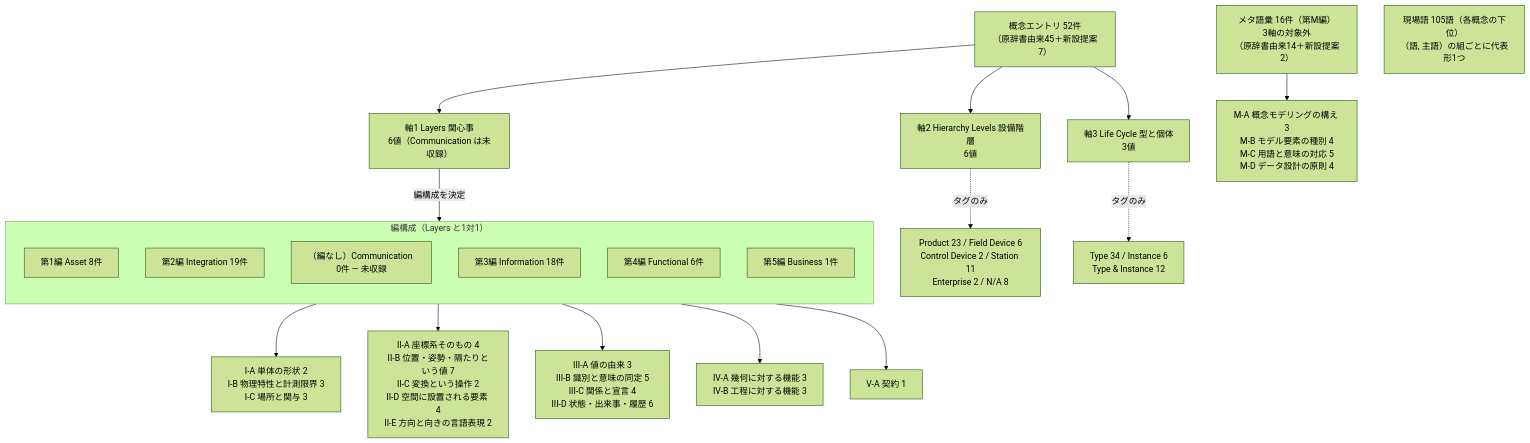
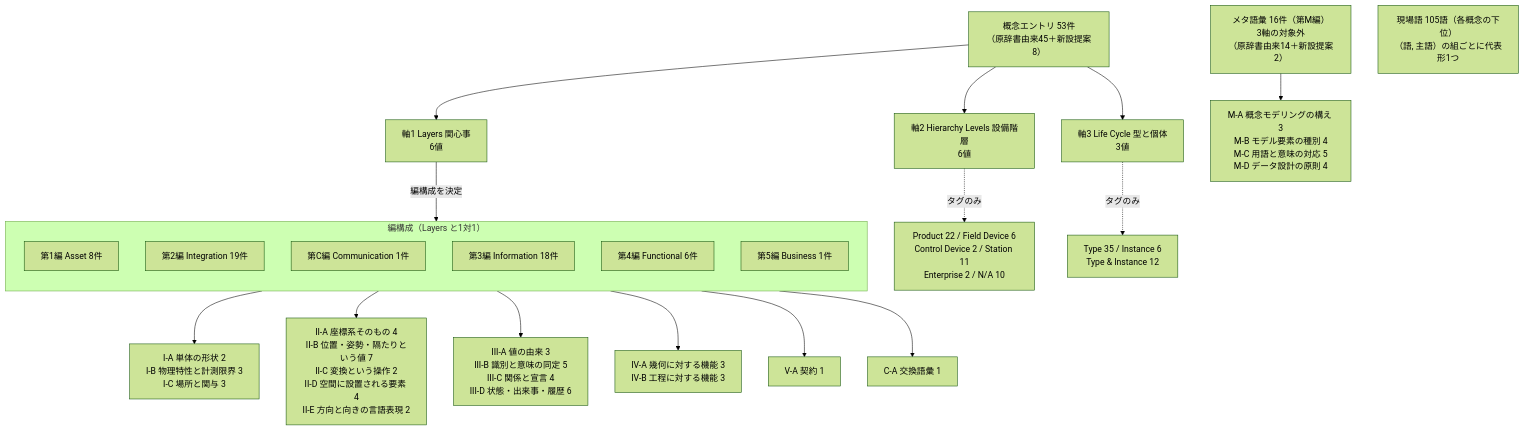
One commit to yuubae215/my-dictionary changed the diagram in pilot/part0-annexes.md. Above: the diagram before and after it, drawn with Mermaid (forest theme). The commit also changed other lines of this file and 11 other files, not shown here.

````diff
--- a/pilot/part0-annexes.md
+++ b/pilot/part0-annexes.md
@@ -595,31 +604,32 @@
 ```mermaid
 flowchart TB
-    E["概念エントリ 52件<br/>（原辞書由来45＋新設提案7）"]
+    E["概念エントリ 53件<br/>（原辞書由来45＋新設提案8）"]
 
     M["メタ語彙 16件（第M編）<br/>3軸の対象外<br/>（原辞書由来14＋新設提案2）"]
     X["現場語 105語（各概念の下位）<br/>（語, 主語）の組ごとに代表形1つ"]
-    E --> A1["軸1 Layers 関心事<br/>6値（Communication は未収録）"]
+    E --> A1["軸1 Layers 関心事<br/>6値"]
     E --> A2["軸2 Hierarchy Levels 設備階層<br/>6値"]
     E --> A3["軸3 Life Cycle 型と個体<br/>3値"]
 
     A1 -->|編構成を決定| P
-    A2 -.->|タグのみ| T2["Product 23 / Field Device 6<br/>Control Device 2 / Station 11<br/>Enterprise 2 / N/A 8"]
-    A3 -.->|タグのみ| T3["Type 34 / Instance 6<br/>Type &amp; Instance 12"]
+    A2 -.->|タグのみ| T2["Product 22 / Field Device 6<br/>Control Device 2 / Station 11<br/>Enterprise 2 / N/A 10"]
+    A3 -.->|タグのみ| T3["Type 35 / Instance 6<br/>Type &amp; Instance 12"]
 
     subgraph P["編構成（Layers と1対1）"]
         direction TB
         P1["第1編 Asset 8件"]
         P2["第2編 Integration 19件"]
-        PC["（編なし）Communication 0件 — 未収録"]
+        PC["第C編 Communication 1件"]
         P3["第3編 Information 18件"]
         P4["第4編 Functional 6件"]
         P5["第5編 Business 1件"]
     end
 
     P1 --> F1["I-A 単体の形状 2<br/>I-B 物理特性と計測限界 3<br/>I-C 場所と関与 3"]
     P2 --> F2["II-A 座標系そのもの 4<br/>II-B 位置・姿勢・隔たりという値 7<br/>II-C 変換という操作 2<br/>II-D 空間に設置される要素 4<br/>II-E 方向と向きの言語表現 2"]
     P3 --> F3["III-A 値の由来 3<br/>III-B 識別と意味の同定 5<br/>III-C 関係と宣言 4<br/>III-D 状態・出来事・履歴 6"]
     P4 --> F4["IV-A 幾何に対する機能 3<br/>IV-B 工程に対する機能 3"]
     P5 --> F5["V-A 契約 1"]
+    PC --> FC["C-A 交換語彙 1"]
     M --> F6["M-A 概念モデリングの構え 3<br/>M-B モデル要素の種別 4<br/>M-C 用語と意味の対応 5<br/>M-D データ設計の原則 4"]
 ```
````
